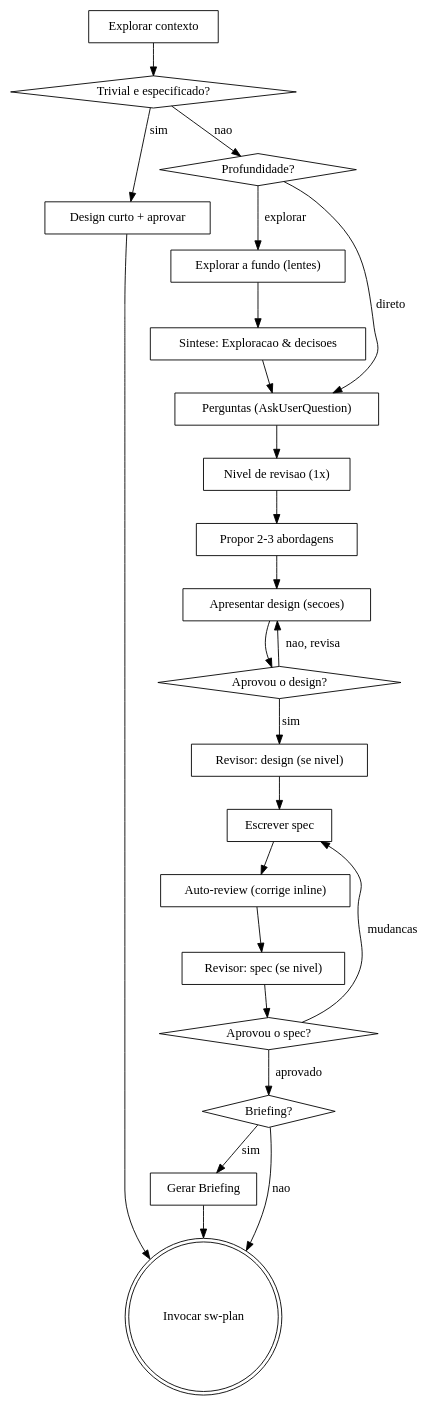
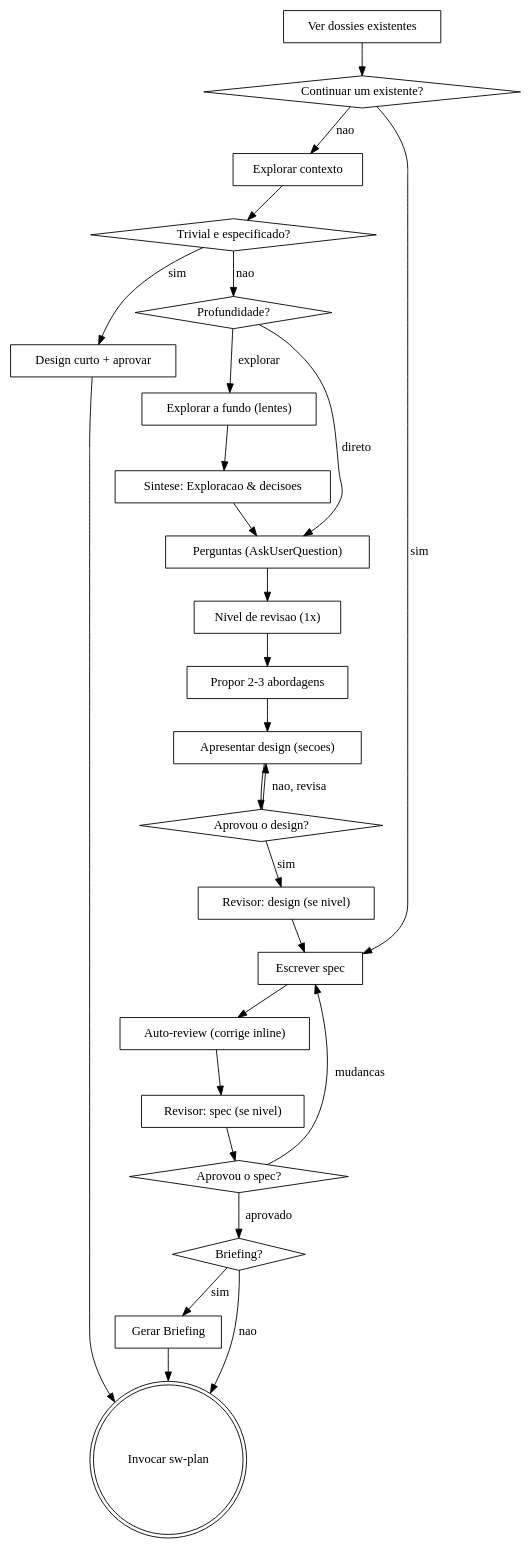
The diagram in plugins/sw-brainstorming/skills/sw-brainstorming/SKILL.md (systemweb-dev/ai-marketplace), drawn with Graphviz before and after one commit. The commit also changed other lines of this file and 8 other files, not shown here.

````diff
--- a/plugins/sw-brainstorming/skills/sw-brainstorming/SKILL.md
+++ b/plugins/sw-brainstorming/skills/sw-brainstorming/SKILL.md
@@ -81,47 +86,52 @@
 ```dot
 digraph brainstorming {
+    "Ver dossies existentes" [shape=box];
     "Explorar contexto" [shape=box];
+    "Continuar um existente?" [shape=diamond];
     "Trivial e especificado?" [shape=diamond];
     "Design curto + aprovar" [shape=box];
     "Profundidade?" [shape=diamond];
     "Explorar a fundo (lentes)" [shape=box];
     "Sintese: Exploracao & decisoes" [shape=box];
     "Perguntas (AskUserQuestion)" [shape=box];
     "Nivel de revisao (1x)" [shape=box];
     "Revisor: design (se nivel)" [shape=box];
     "Revisor: spec (se nivel)" [shape=box];
     "Propor 2-3 abordagens" [shape=box];
     "Apresentar design (secoes)" [shape=box];
     "Aprovou o design?" [shape=diamond];
     "Escrever spec" [shape=box];
     "Auto-review (corrige inline)" [shape=box];
     "Aprovou o spec?" [shape=diamond];
     "Briefing?" [shape=diamond];
     "Gerar Briefing" [shape=box];
     "Invocar sw-plan" [shape=doublecircle];
 
+    "Ver dossies existentes" -> "Continuar um existente?";
+    "Continuar um existente?" -> "Escrever spec" [label="sim"];
+    "Continuar um existente?" -> "Explorar contexto" [label="nao"];
     "Explorar contexto" -> "Trivial e especificado?";
     "Trivial e especificado?" -> "Design curto + aprovar" [label="sim"];
     "Trivial e especificado?" -> "Profundidade?" [label="nao"];
     "Design curto + aprovar" -> "Invocar sw-plan";
     "Profundidade?" -> "Perguntas (AskUserQuestion)" [label="direto"];
     "Profundidade?" -> "Explorar a fundo (lentes)" [label="explorar"];
     "Explorar a fundo (lentes)" -> "Sintese: Exploracao & decisoes";
     "Sintese: Exploracao & decisoes" -> "Perguntas (AskUserQuestion)";
     "Perguntas (AskUserQuestion)" -> "Nivel de revisao (1x)";
     "Nivel de revisao (1x)" -> "Propor 2-3 abordagens";
     "Propor 2-3 abordagens" -> "Apresentar design (secoes)";
     "Apresentar design (secoes)" -> "Aprovou o design?";
     "Aprovou o design?" -> "Apresentar design (secoes)" [label="nao, revisa"];
     "Aprovou o design?" -> "Revisor: design (se nivel)" [label="sim"];
     "Revisor: design (se nivel)" -> "Escrever spec";
     "Escrever spec" -> "Auto-review (corrige inline)";
     "Auto-review (corrige inline)" -> "Revisor: spec (se nivel)";
     "Revisor: spec (se nivel)" -> "Aprovou o spec?";
     "Aprovou o spec?" -> "Escrever spec" [label="mudancas"];
     "Aprovou o spec?" -> "Briefing?" [label="aprovado"];
     "Briefing?" -> "Gerar Briefing" [label="sim"];
     "Briefing?" -> "Invocar sw-plan" [label="nao"];
     "Gerar Briefing" -> "Invocar sw-plan";
 }
 ```
````
